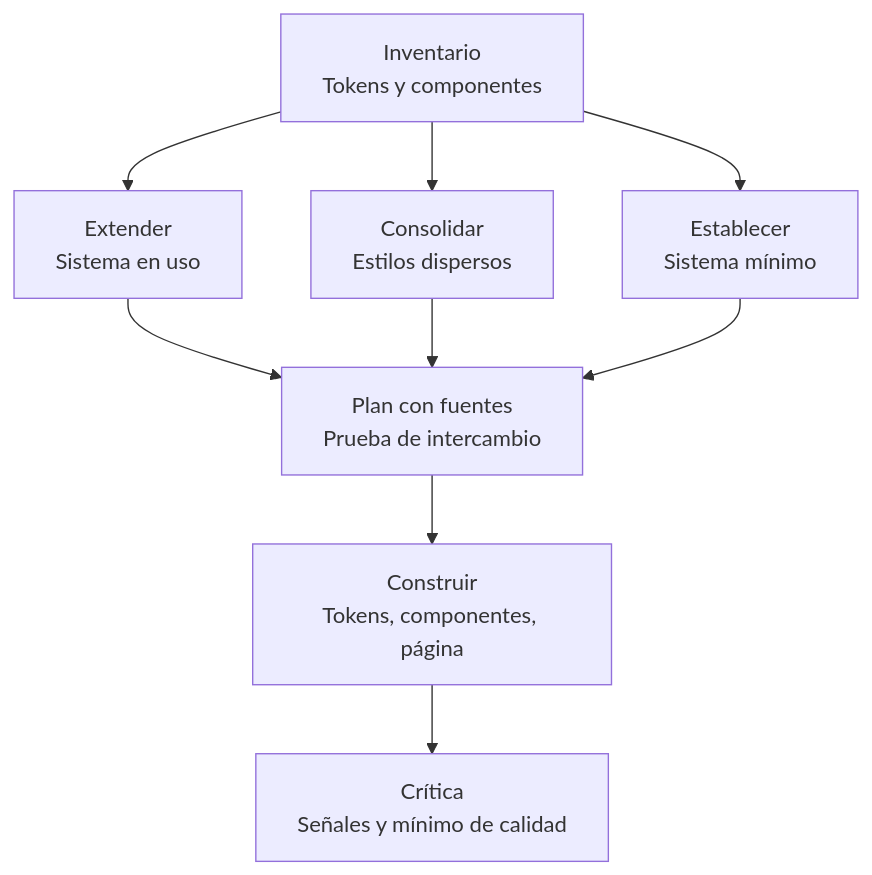
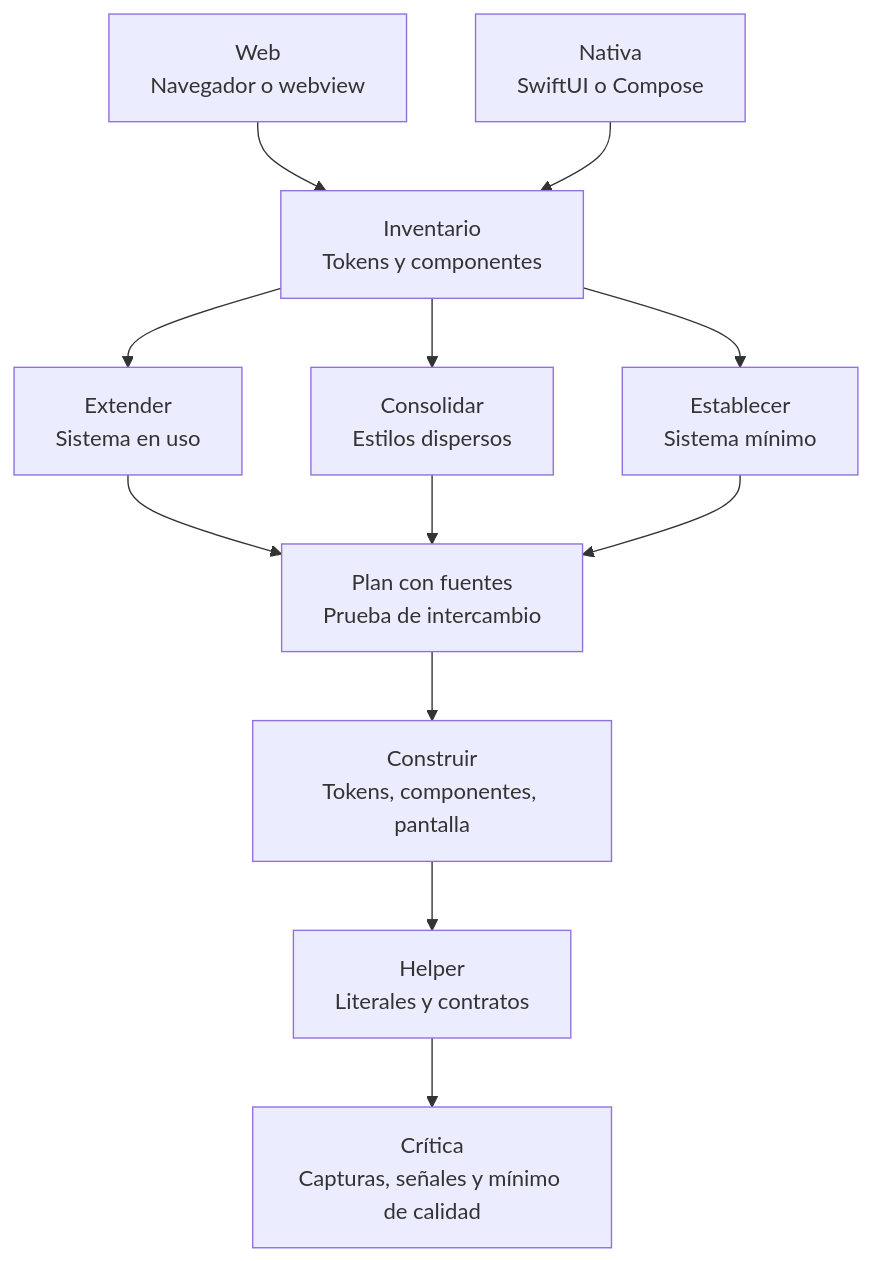
One commit to peqa-ai/peqa-workflows changed the second of 6 diagrams in README.md. Above: the diagram before and after it, drawn with Mermaid. The commit also changed other lines of this file and 10 other files, not shown here.

First line of the commit message:
feat(ui-design): pantallas nativas, helper de comprobaciones y entrada más corta (#6)

````diff
--- a/README.md
+++ b/README.md
@@ -60,16 +60,20 @@
 ```mermaid
 flowchart TD
     accTitle: Cómo trabaja ui-design con el sistema de diseño
-    accDescr: ui-design inventaría los tokens y componentes del proyecto. Si hay un sistema en uso, lo extiende; si hay estilos dispersos, consolida lo que toca la tarea; si no hay nada, establece un sistema mínimo. Después planifica con fuentes, aplica la prueba de intercambio, construye desde el sistema y critica el resultado.
+    accDescr: ui-design acepta interfaces web, incluidas las apps en webview, y pantallas nativas en SwiftUI o Jetpack Compose, y las lleva por el mismo proceso. Inventaría los tokens y componentes del proyecto. Si hay un sistema en uso, lo extiende; si hay estilos dispersos, consolida lo que toca la tarea; si no hay nada, establece un sistema mínimo. Después planifica con fuentes, aplica la prueba de intercambio, construye desde el sistema, comprueba el diff con el helper y critica el resultado.
 
+    web["Web<br/>Navegador o webview"]
+    nativa["Nativa<br/>SwiftUI o Compose"]
     inventario["Inventario<br/>Tokens y componentes"]
     extender["Extender<br/>Sistema en uso"]
     consolidar["Consolidar<br/>Estilos dispersos"]
     establecer["Establecer<br/>Sistema mínimo"]
     plan["Plan con fuentes<br/>Prueba de intercambio"]
-    construir["Construir<br/>Tokens, componentes, página"]
-    critica["Crítica<br/>Señales y mínimo de calidad"]
+    construir["Construir<br/>Tokens, componentes, pantalla"]
+    helper["Helper<br/>Literales y contratos"]
+    critica["Crítica<br/>Capturas, señales y mínimo de calidad"]
 
+    web & nativa --> inventario
     inventario --> extender & consolidar & establecer
-    extender & consolidar & establecer --> plan --> construir --> critica
+    extender & consolidar & establecer --> plan --> construir --> helper --> critica
 ```
````
